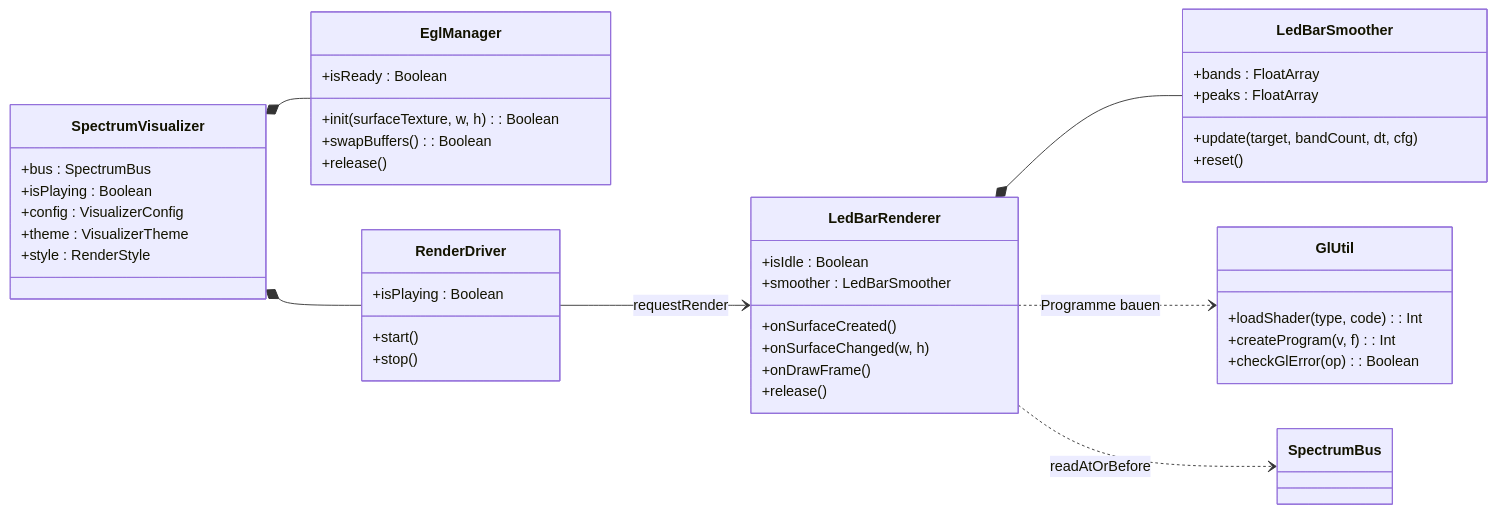
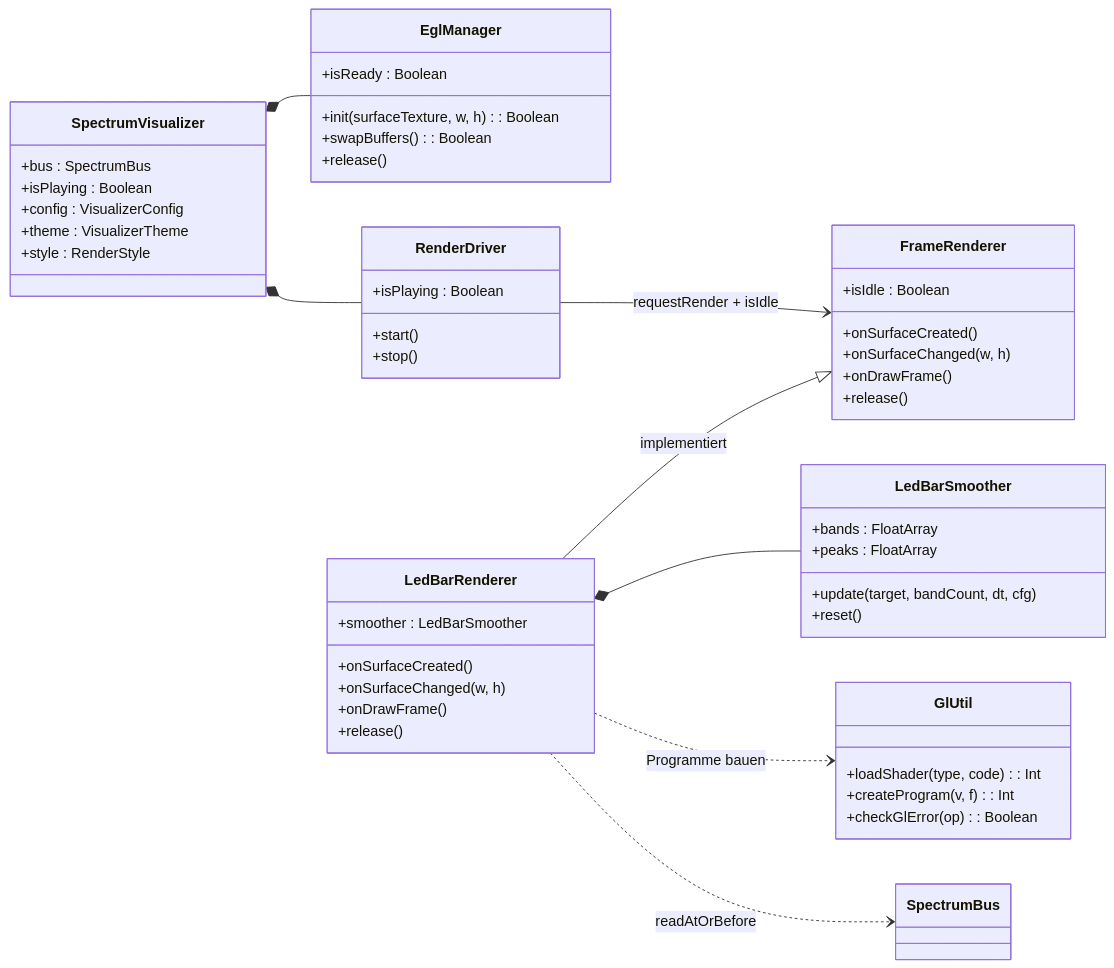
Before and after one commit to codezifer/work: the first of 2 diagrams in Muzzic/visualization/docs/04-rendering-gles.md, drawn with Mermaid. The commit also changed other lines of this file and 41 other files, not shown here.

````diff
--- a/Muzzic/visualization/docs/04-rendering-gles.md
+++ b/Muzzic/visualization/docs/04-rendering-gles.md
@@ -8,47 +8,54 @@
 ```mermaid
 classDiagram
     direction LR
     class SpectrumVisualizer {
         +bus : SpectrumBus
         +isPlaying : Boolean
         +config : VisualizerConfig
         +theme : VisualizerTheme
         +style : RenderStyle
     }
     class EglManager {
         +isReady : Boolean
         +init(surfaceTexture, w, h) : Boolean
         +swapBuffers() : Boolean
         +release()
     }
     class RenderDriver {
         +isPlaying : Boolean
         +start()
         +stop()
     }
+    class FrameRenderer {
+        +isIdle : Boolean
+        +onSurfaceCreated()
+        +onSurfaceChanged(w, h)
+        +onDrawFrame()
+        +release()
+    }
     class LedBarRenderer {
-        +isIdle : Boolean
         +smoother : LedBarSmoother
         +onSurfaceCreated()
         +onSurfaceChanged(w, h)
         +onDrawFrame()
         +release()
     }
     class LedBarSmoother {
         +bands : FloatArray
         +peaks : FloatArray
         +update(target, bandCount, dt, cfg)
         +reset()
     }
     class GlUtil {
         +loadShader(type, code) : Int
         +createProgram(v, f) : Int
         +checkGlError(op) : Boolean
     }
     SpectrumVisualizer *-- EglManager
     SpectrumVisualizer *-- RenderDriver
-    RenderDriver --> LedBarRenderer : requestRender
+    RenderDriver --> FrameRenderer : requestRender + isIdle
+    LedBarRenderer --|> FrameRenderer : implementiert
     LedBarRenderer *-- LedBarSmoother
     LedBarRenderer ..> GlUtil : Programme bauen
     LedBarRenderer ..> SpectrumBus : readAtOrBefore
 ```
````
